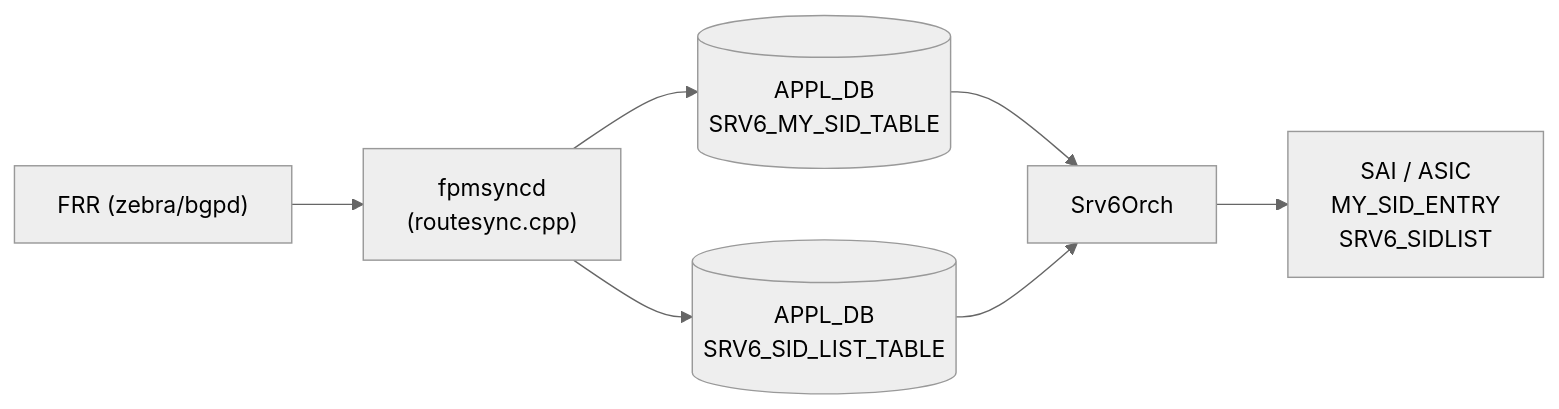
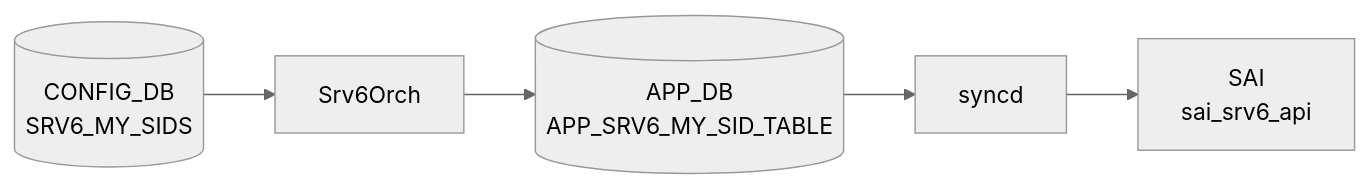
One commit to aoki-taquan/sonic-unofficial-docs changed the diagram in docs/reference/config-db/srv6-applb.md. Above: the diagram before and after it, drawn with Mermaid (neutral theme). The commit also changed other lines of this file and 359 other files, not shown here.

````diff
--- a/docs/reference/config-db/srv6-applb.md
+++ b/docs/reference/config-db/srv6-applb.md
@@ -45,11 +45,12 @@
 ```mermaid
 flowchart LR
-  FRR["FRR (zebra/bgpd)"]
-  FPM["fpmsyncd\n(routesync.cpp)"]
-  APSID[("APPL_DB\nSRV6_MY_SID_TABLE")]
-  APLIST[("APPL_DB\nSRV6_SID_LIST_TABLE")]
-  ORCH["Srv6Orch"]
-  SAI["SAI / ASIC\nMY_SID_ENTRY\nSRV6_SIDLIST"]
-  FRR --> FPM --> APSID --> ORCH --> SAI
-  FPM --> APLIST --> ORCH
+  CDB[("CONFIG_DB<br/>SRV6_MY_SIDS")]
+  DM["Srv6Orch"]
+  CDB --> DM
+  APPDB[("APP_DB<br/>APP_SRV6_MY_SID_TABLE")]
+  DM --> APPDB
+  SYNCD["syncd"]
+  APPDB --> SYNCD
+  SAI["SAI<br/>sai_srv6_api"]
+  SYNCD --> SAI
 ```
````
